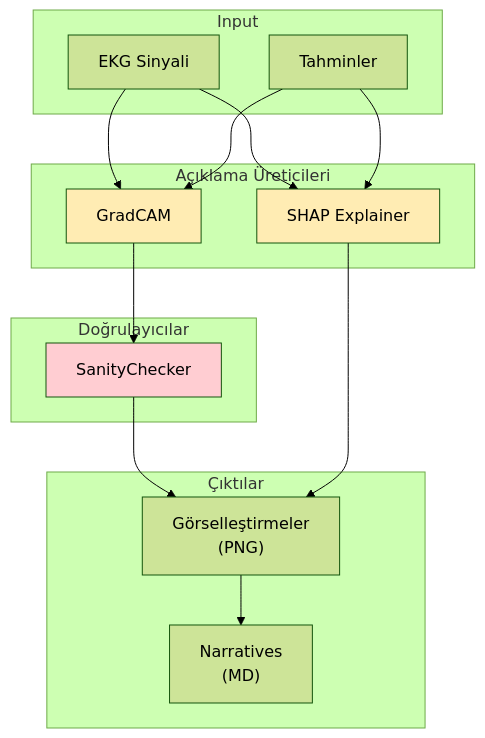
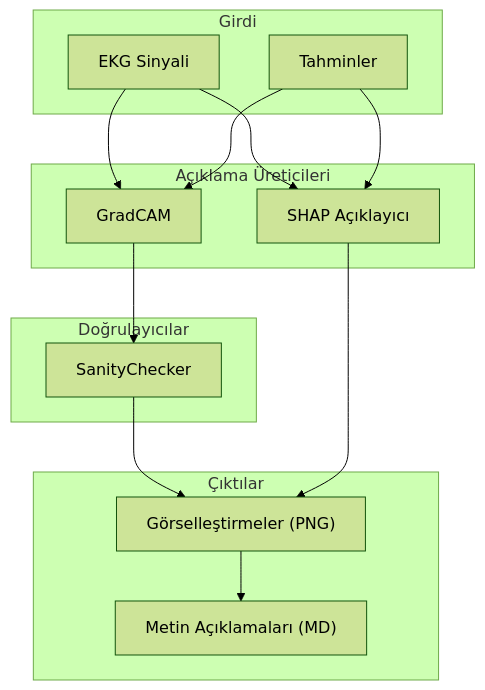
The eighth of 12 diagrams in docs/diagrams/03_class_diagram.md (mUsaulug/CardioGuard-AI), drawn with Mermaid (forest theme) before and after one commit. The commit also changed other lines of this file and 5 other files, not shown here.

````diff
--- a/docs/diagrams/03_class_diagram.md
+++ b/docs/diagrams/03_class_diagram.md
@@ -446,31 +409,29 @@
 ```mermaid
 graph TB
-    subgraph Input
+    subgraph Girdi
         SIGNAL["EKG Sinyali"]
         PREDS["Tahminler"]
     end
     
-    subgraph Generators["Açıklama Üreticileri"]
+    subgraph Ureticiler["Açıklama Üreticileri"]
         GCAM["GradCAM"]
-        SHAP["SHAP Explainer"]
+        SHAP["SHAP Açıklayıcı"]
     end
     
-    subgraph Validators["Doğrulayıcılar"]
+    subgraph Dogrulayicilar["Doğrulayıcılar"]
         SANITY["SanityChecker"]
     end
     
-    subgraph Output["Çıktılar"]
-        VIZ["Görselleştirmeler<br/>(PNG)"]
-        TEXT["Narratives<br/>(MD)"]
+    subgraph Cikti["Çıktılar"]
+        VIZ["Görselleştirmeler (PNG)"]
+        TEXT["Metin Açıklamaları (MD)"]
     end
     
-    SIGNAL --> GCAM & SHAP
-    PREDS --> GCAM & SHAP
+    SIGNAL --> GCAM
+    SIGNAL --> SHAP
+    PREDS --> GCAM
+    PREDS --> SHAP
     GCAM --> SANITY --> VIZ
     SHAP --> VIZ
     VIZ --> TEXT
-    
-    style GCAM fill:#ffecb3
-    style SHAP fill:#ffecb3
-    style SANITY fill:#ffcdd2
 ```
````
